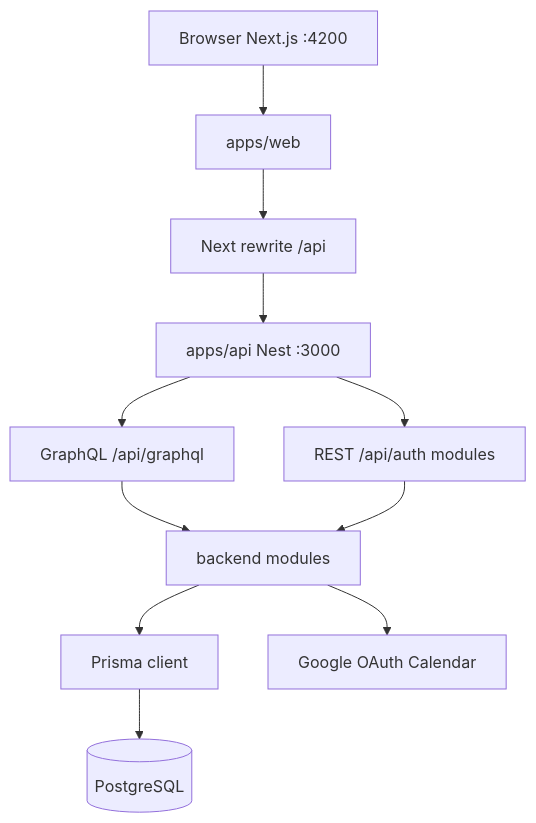
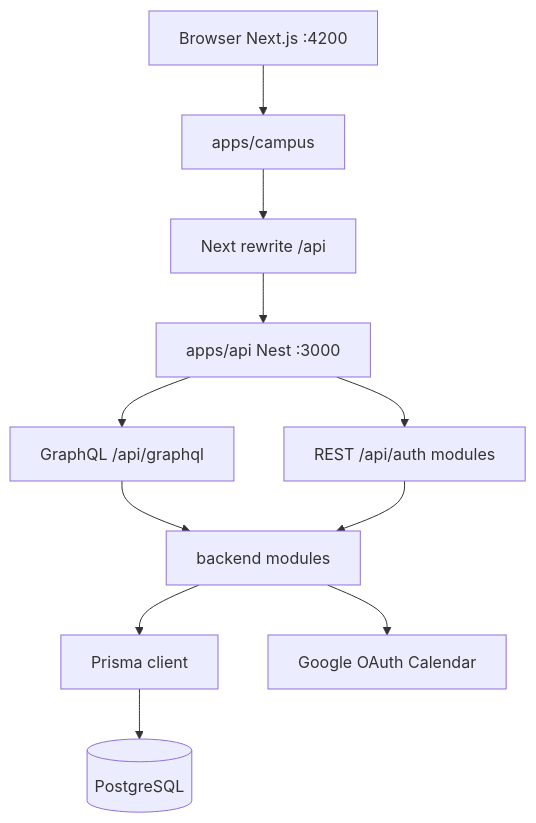
One commit to Mikirurk1/arvilio changed the first of 2 diagrams in docs/llm-wiki/wiki/synthesis/architecture.md. Above: the diagram before and after it, drawn with Mermaid. The commit also changed other lines of this file and 1400 other files, not shown here.

````diff
--- a/docs/llm-wiki/wiki/synthesis/architecture.md
+++ b/docs/llm-wiki/wiki/synthesis/architecture.md
@@ -10,24 +10,24 @@
 ```mermaid
 flowchart TB
   Browser["Browser Next.js :4200"]
-  WebApp["apps/web"]
+  WebApp["apps/campus"]
   Proxy["Next rewrite /api"]
   API["apps/api Nest :3000"]
   GQL["GraphQL /api/graphql"]
   REST["REST /api/auth modules"]
   Modules["backend modules"]
   Prisma["Prisma client"]
   PG[(PostgreSQL)]
   Google["Google OAuth Calendar"]
 
   Browser --> WebApp
   WebApp --> Proxy
   Proxy --> API
   API --> GQL
   API --> REST
   GQL --> Modules
   REST --> Modules
   Modules --> Prisma
   Prisma --> PG
   Modules --> Google
 ```
````
